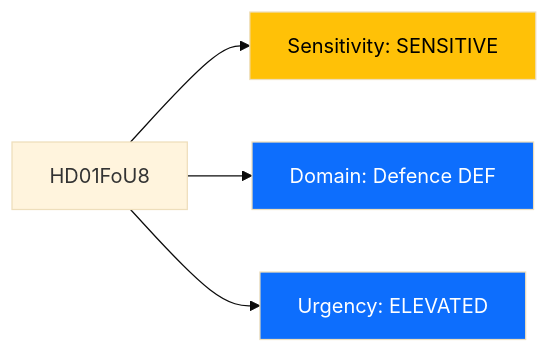
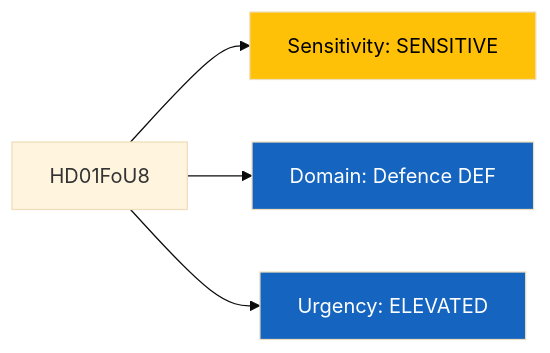
The first of 2 diagrams in analysis/daily/2026-04-09/realtime-1029/documents/hd01fou8-analysis.md (Hack23/riksdagsmonitor), drawn with Mermaid (base theme) before and after one commit. The commit also changed other lines of this file and 785 other files, not shown here.

First line of the commit message:
Normalize mermaid colors across 786 analysis artifacts to ISMS Style Guide palette

````diff
--- a/analysis/daily/2026-04-09/realtime-1029/documents/hd01fou8-analysis.md
+++ b/analysis/daily/2026-04-09/realtime-1029/documents/hd01fou8-analysis.md
@@ -29,9 +29,9 @@
 ```mermaid
 graph LR
     A[HD01FoU8] --> B[Sensitivity: SENSITIVE]
     A --> C[Domain: Defence DEF]
     A --> D[Urgency: ELEVATED]
-    style B fill:#ffc107,color:#000000
-    style C fill:#0d6efd,color:#ffffff
-    style D fill:#0d6efd,color:#ffffff
+    style B fill:#FFC107,color:#000000
+    style C fill:#1565C0,color:#FFFFFF
+    style D fill:#1565C0,color:#FFFFFF
 ```
````
